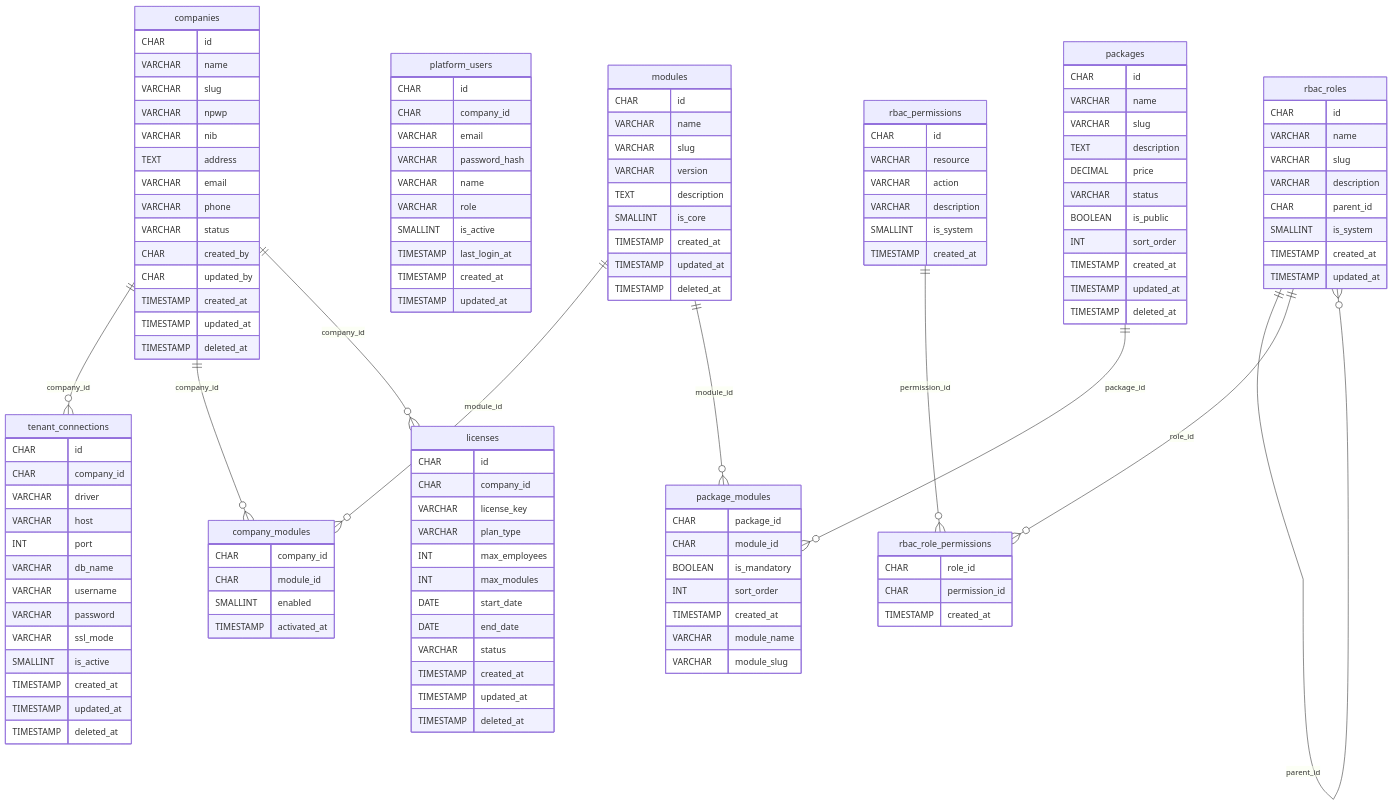
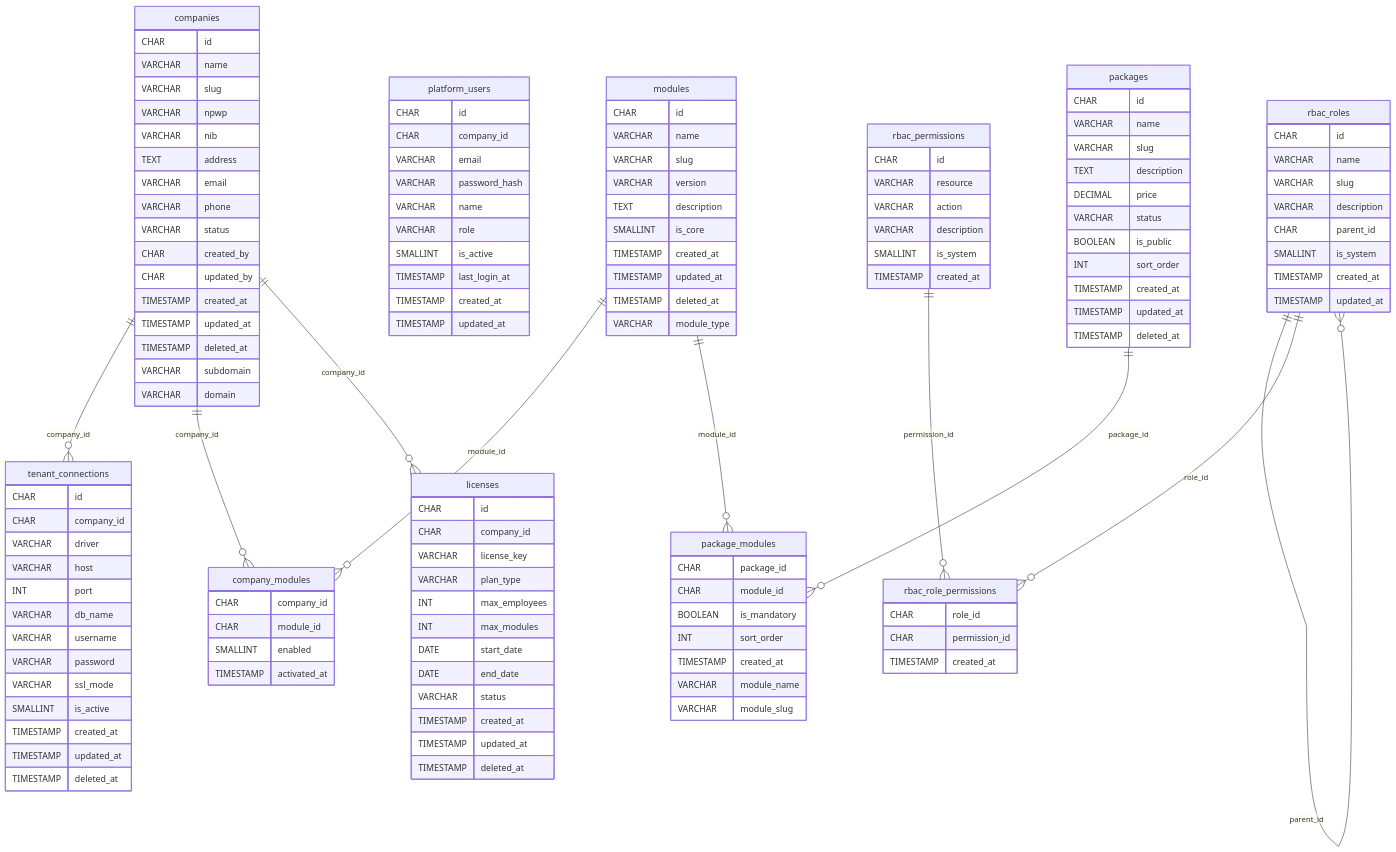
Before and after one commit to Inthros-Jagotama/inthros-hris-platform: the first of 19 diagrams in docs/database-schema.md, drawn with Mermaid. The commit also changed other lines of this file and 27 other files, not shown here.

```diff
--- a/docs/database-schema.md
+++ b/docs/database-schema.md
@@ -53,6 +53,8 @@
         TIMESTAMP created_at
         TIMESTAMP updated_at
         TIMESTAMP deleted_at
+        VARCHAR subdomain
+        VARCHAR domain
     }
     tenant_connections {
         CHAR id
@@ -91,6 +93,7 @@
         TIMESTAMP created_at
         TIMESTAMP updated_at
         TIMESTAMP deleted_at
+        VARCHAR module_type
     }
     company_modules {
         CHAR company_id
```
